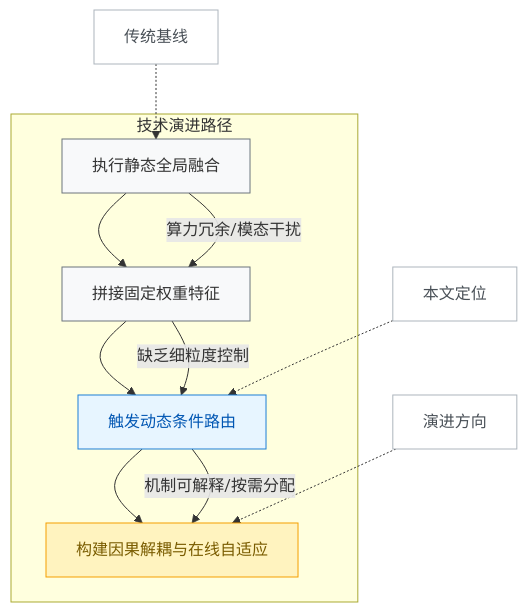
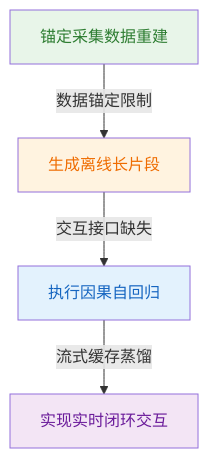
Before and after one commit to ShinewineW/paper-rolling: diagram 13 of 13 in person_vault/2026-06-12_OmniDreamsRealTimeGenerativeWorldModel_2606.03159/report.md, drawn with Mermaid. The commit also changed other lines of this file and 51 other files, not shown here.

````diff
--- a/person_vault/2026-06-12_OmniDreamsRealTimeGenerativeWorldModel_2606.03159/report.md
+++ b/person_vault/2026-06-12_OmniDreamsRealTimeGenerativeWorldModel_2606.03159/report.md
@@ -509,21 +704,11 @@
 ```mermaid
 flowchart TD
-    classDef legacy fill:#f8f9fa,stroke:#6c757d,color:#333;
-    classDef proposed fill:#e7f5ff,stroke:#1c7ed6,color:#0056b3;
-    classDef future fill:#fff3bf,stroke:#f59f00,color:#7a5c00;
-    classDef note fill:#ffffff,stroke:#adb5bd,color:#495057;
+    classDef recon fill:#e8f5e9,color:#2e7d32
+    classDef offline fill:#fff3e0,color:#ef6c00
+    classDef causal fill:#e3f2fd,color:#1565c0
+    classDef omni fill:#f3e5f5,color:#6a1b9a
 
-    subgraph 技术演进路径
-        static_global_fusion["执行静态全局融合"] --> fixed_weight_concat["拼接固定权重特征"]
-        fixed_weight_concat --> dynamic_conditional_routing["触发动态条件路由"]
-        dynamic_conditional_routing --> causal_decoupling_online["构建因果解耦与在线自适应"]
-    end
-
-    static_global_fusion:::legacy -->|算力冗余/模态干扰| fixed_weight_concat:::legacy
-    fixed_weight_concat:::legacy -->|缺乏细粒度控制| dynamic_conditional_routing:::proposed
-    dynamic_conditional_routing:::proposed -->|机制可解释/按需分配| causal_decoupling_online:::future
-
-    legacy_baseline["传统基线"]:::note -.-> static_global_fusion
-    current_work["本文定位"]:::note -.-> dynamic_conditional_routing
-    future_direction["演进方向"]:::note -.-> causal_decoupling_online
+    recon_sim["锚定采集数据重建"]:::recon -->|数据锚定限制| offline_gen["生成离线长片段"]:::offline
+    offline_gen -->|交互接口缺失| causal_gen["执行因果自回归"]:::causal
+    causal_gen -->|流式缓存蒸馏| omni_realtime["实现实时闭环交互"]:::omni
 ```
````
